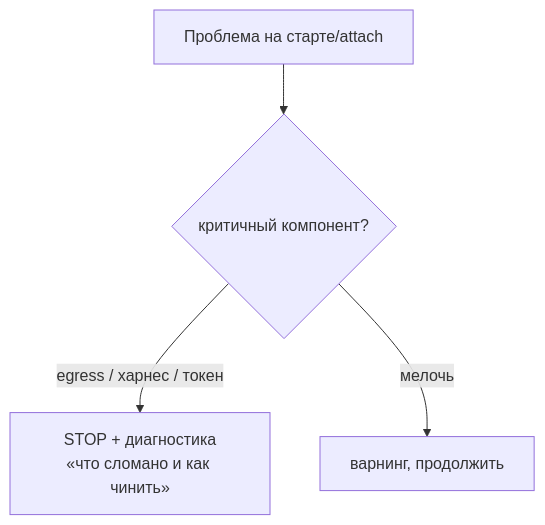
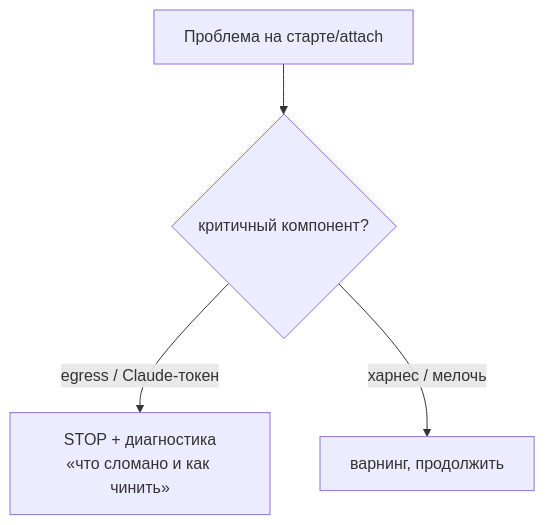
The diagram in docs/UX.md (AlexShchuka/mirabilis), drawn with Mermaid before and after one commit. The commit also changed other lines of this file and 44 other files, not shown here.

````diff
--- a/docs/UX.md
+++ b/docs/UX.md
@@ -31,6 +37,6 @@
 ```mermaid
 flowchart TD
   E[Проблема на старте/attach] --> K{критичный компонент?}
-  K -- "egress / харнес / токен" --> STOP[STOP + диагностика\n«что сломано и как чинить»]
-  K -- "мелочь" --> WARN[варнинг, продолжить]
+  K -- "egress / Claude-токен" --> STOP[STOP + диагностика\n«что сломано и как чинить»]
+  K -- "харнес / мелочь" --> WARN[варнинг, продолжить]
 ```
````
